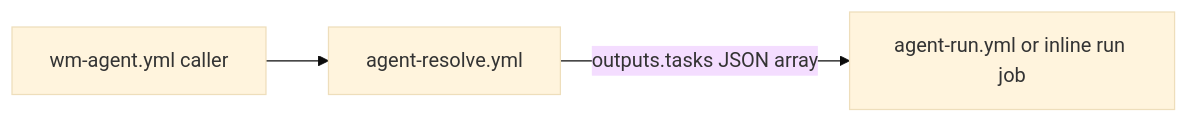
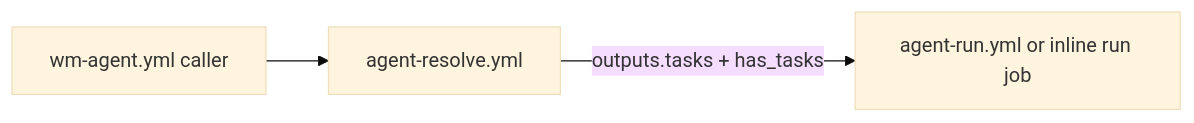
The second of 2 diagrams in docs/content/architecture.md (an-lee/gh-wm), drawn with Mermaid (base theme) before and after one commit. The commit also changed other lines of this file and 4 other files, not shown here.

````diff
--- a/docs/content/architecture.md
+++ b/docs/content/architecture.md
@@ -69,9 +69,9 @@
 ```mermaid
 flowchart LR
   Caller[wm-agent.yml caller]
   ResolveJob[agent-resolve.yml]
   RunJob[agent-run.yml or inline run job]
 
   Caller --> ResolveJob
-  ResolveJob -->|"outputs.tasks JSON array"| RunJob
+  ResolveJob -->|"outputs.tasks + has_tasks"| RunJob
 ```
````
